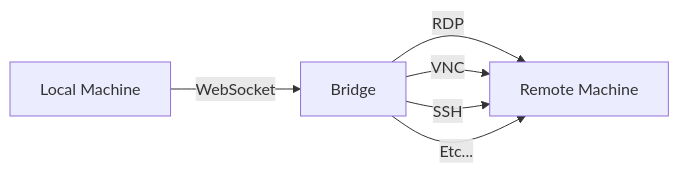
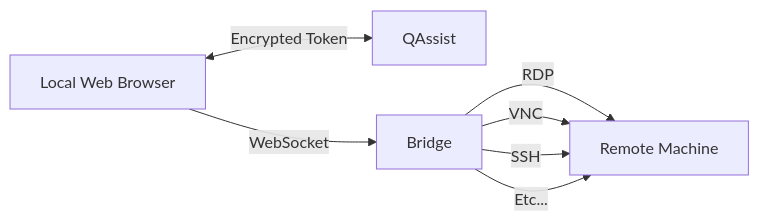
One commit to qassistio/docs changed the diagram in docs/bridges/setup-bridge.md. Above: the diagram before and after it, drawn with Mermaid. The commit also changed other lines of this file, not shown here.

Commit message:
Update bridge docs

````diff
--- a/docs/bridges/setup-bridge.md
+++ b/docs/bridges/setup-bridge.md
@@ -14,8 +17,9 @@
 ``` mermaid
 graph LR
-  A[Local Machine] -->|WebSocket| B[Bridge];
-  B -->|RDP| C[Remote Machine];
-  B -->|VNC| C;
-  B -->|SSH| C;
-  B -->|Etc...| C;
+  A[Local Web Browser] <-->|Encrypted Token| B[QAssist];
+  A -->|WebSocket| C[Bridge];
+  C -->|RDP| D[Remote Machine];
+  C -->|VNC| D;
+  C -->|SSH| D;
+  C -->|Etc...| D;
 ```
````
